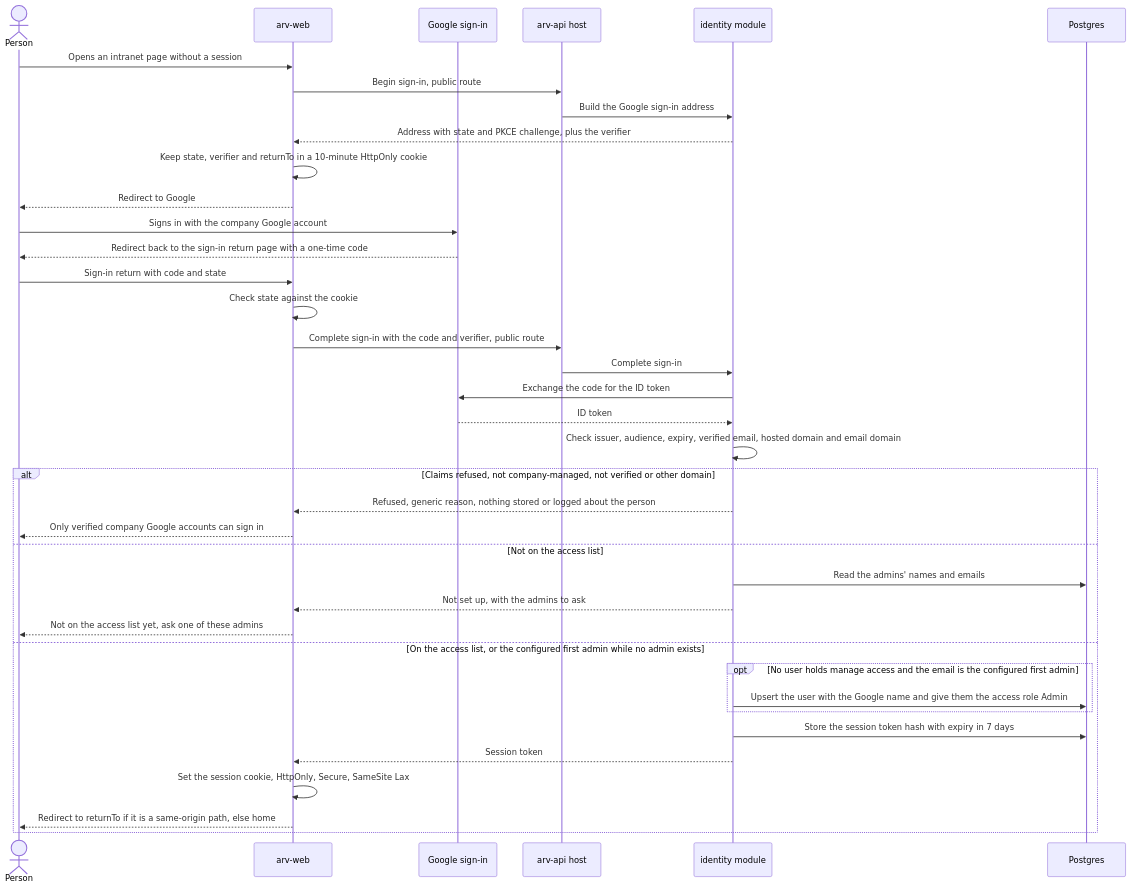
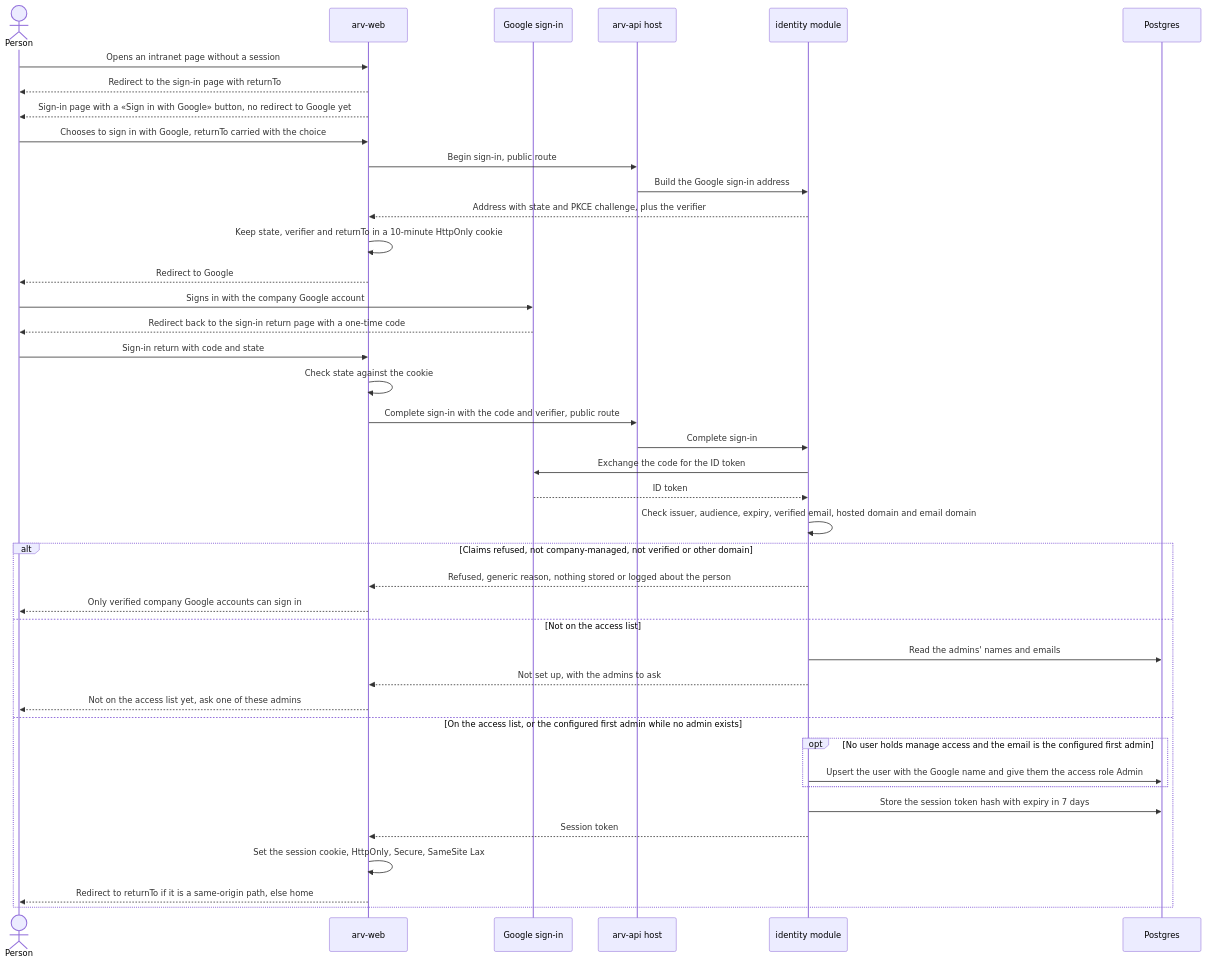
The third of 13 diagrams in docs/features/identity/sad.md (Arvest-Digital/arv-intranet), drawn with Mermaid before and after one commit. The commit also changed other lines of this file and 3 other files, not shown here.

First line of the commit message:
docs(identity): add an explicit sign-in page before the Google redirect

````diff
--- a/docs/features/identity/sad.md
+++ b/docs/features/identity/sad.md
@@ -265,40 +265,43 @@
 ```mermaid
 sequenceDiagram
     actor P as Person
     participant W as arv-web
     participant G as Google sign-in
     participant H as arv-api host
     participant I as identity module
     participant DB as Postgres
     P->>W: Opens an intranet page without a session
+    W-->>P: Redirect to the sign-in page with returnTo
+    W-->>P: Sign-in page with a «Sign in with Google» button, no redirect to Google yet
+    P->>W: Chooses to sign in with Google, returnTo carried with the choice
     W->>H: Begin sign-in, public route
     H->>I: Build the Google sign-in address
     I-->>W: Address with state and PKCE challenge, plus the verifier
     W->>W: Keep state, verifier and returnTo in a 10-minute HttpOnly cookie
     W-->>P: Redirect to Google
     P->>G: Signs in with the company Google account
     G-->>P: Redirect back to the sign-in return page with a one-time code
     P->>W: Sign-in return with code and state
     W->>W: Check state against the cookie
     W->>H: Complete sign-in with the code and verifier, public route
     H->>I: Complete sign-in
     I->>G: Exchange the code for the ID token
     G-->>I: ID token
     I->>I: Check issuer, audience, expiry, verified email, hosted domain and email domain
     alt Claims refused, not company-managed, not verified or other domain
         I-->>W: Refused, generic reason, nothing stored or logged about the person
         W-->>P: Only verified company Google accounts can sign in
     else Not on the access list
         I->>DB: Read the admins' names and emails
         I-->>W: Not set up, with the admins to ask
         W-->>P: Not on the access list yet, ask one of these admins
     else On the access list, or the configured first admin while no admin exists
         opt No user holds manage access and the email is the configured first admin
             I->>DB: Upsert the user with the Google name and give them the access role Admin
         end
         I->>DB: Store the session token hash with expiry in 7 days
         I-->>W: Session token
         W->>W: Set the session cookie, HttpOnly, Secure, SameSite Lax
         W-->>P: Redirect to returnTo if it is a same-origin path, else home
     end
 ```
````
